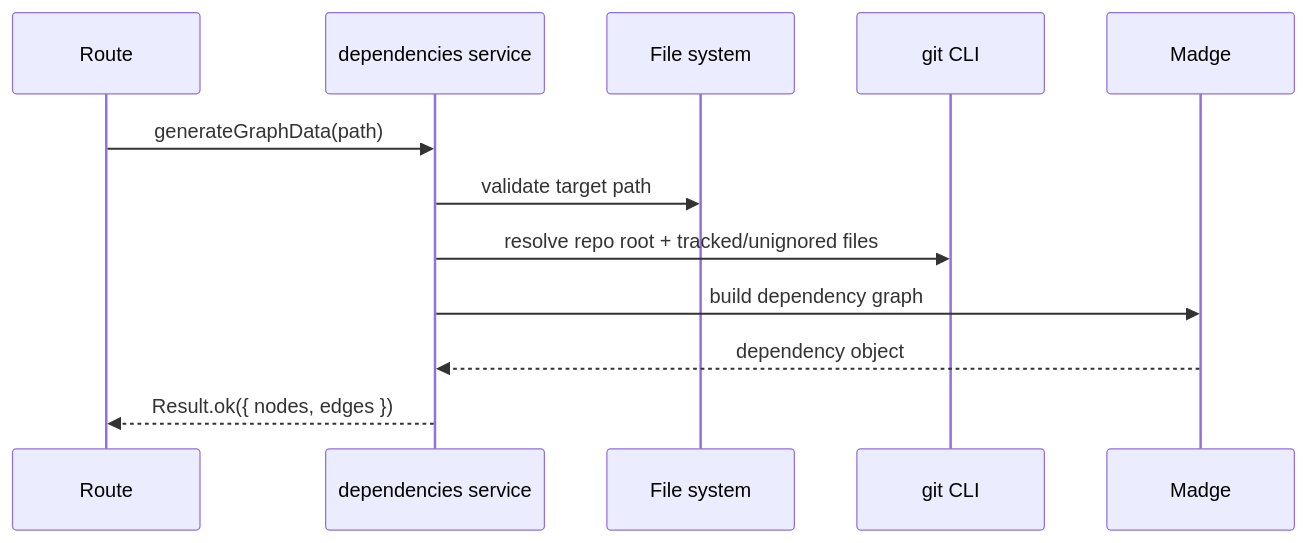
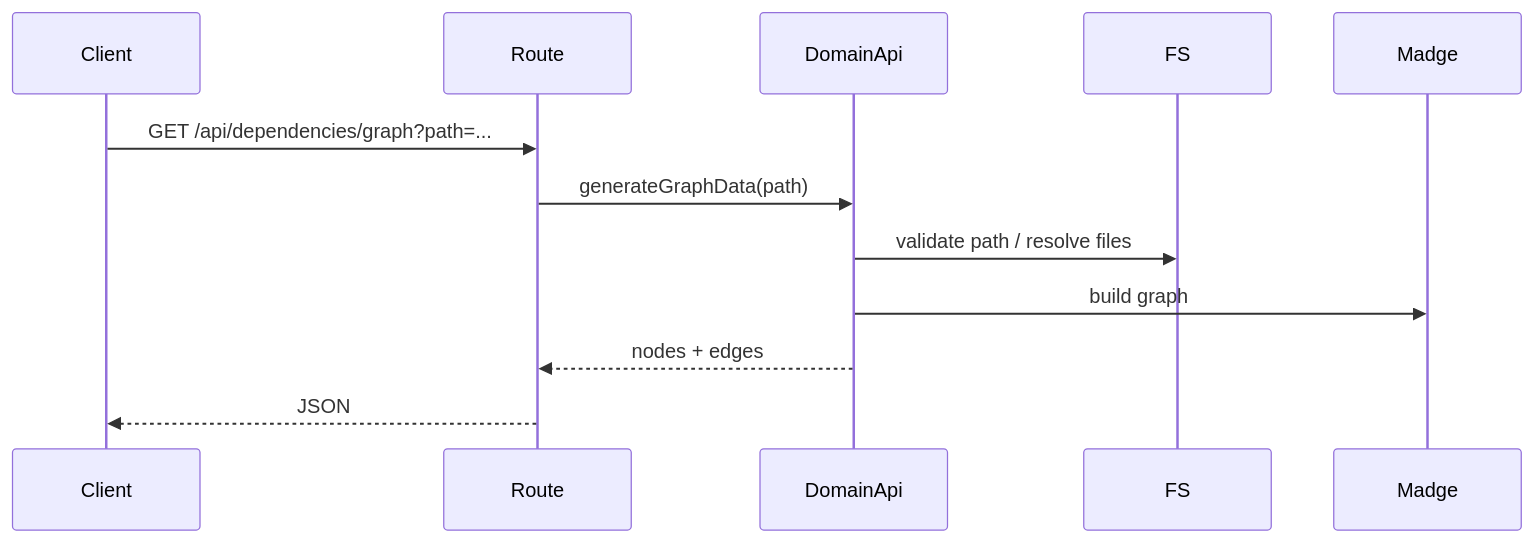
One commit to TurtleStoffel/tektite-console changed the diagram in src/backend/domains/dependencies/README.md. Above: the diagram before and after it, drawn with Mermaid. The commit also changed other lines of this file and 30 other files, not shown here.

Commit message:
split domainApi from service

````diff
--- a/src/backend/domains/dependencies/README.md
+++ b/src/backend/domains/dependencies/README.md
@@ -12,14 +12,14 @@
 ```mermaid
 sequenceDiagram
+    participant Client
     participant Route
-    participant Service as dependencies service
-    participant FS as File system
-    participant Git as git CLI
+    participant DomainApi
+    participant FS
     participant Madge
-    Route->>Service: generateGraphData(path)
-    Service->>FS: validate target path
-    Service->>Git: resolve repo root + tracked/unignored files
-    Service->>Madge: build dependency graph
-    Madge-->>Service: dependency object
-    Service-->>Route: Result.ok({ nodes, edges })
+    Client->>Route: GET /api/dependencies/graph?path=...
+    Route->>DomainApi: generateGraphData(path)
+    DomainApi->>FS: validate path / resolve files
+    DomainApi->>Madge: build graph
+    DomainApi-->>Route: nodes + edges
+    Route-->>Client: JSON
 ```
````
